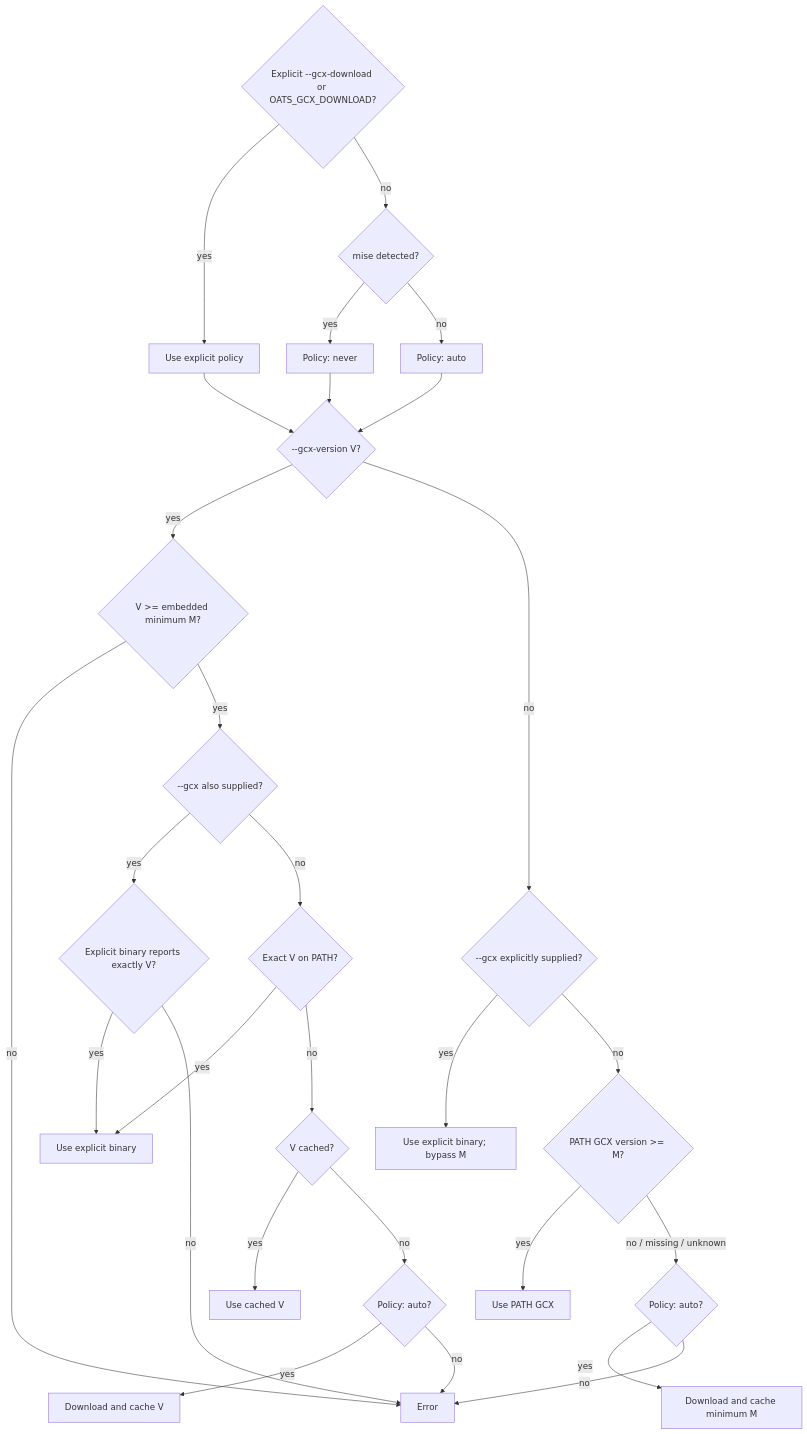
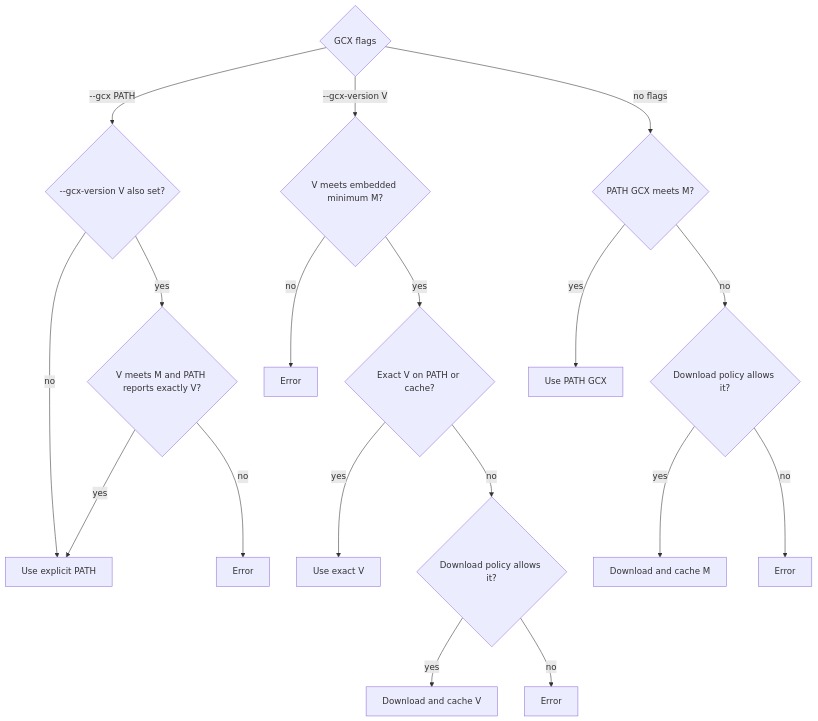
One commit to grafana/oats changed the diagram in docs/cli.md. Above: the diagram before and after it, drawn with Mermaid. The commit also changed other lines of this file, not shown here.

Commit message:
docs: simplify gcx resolution diagram Signed-off-by: Gregor Zeitlinger <gregor.zeitlinger@grafana.com>

````diff
--- a/docs/cli.md
+++ b/docs/cli.md
@@ -77,34 +73,22 @@
 ```mermaid
 flowchart TD
-    P{Explicit --gcx-download or OATS_GCX_DOWNLOAD?}
-    P -->|yes| Q[Use explicit policy]
-    P -->|no| M{mise detected?}
-    M -->|yes| N[Policy: never]
-    M -->|no| A[Policy: auto]
+    S{GCX flags} -->|--gcx PATH| P{--gcx-version V also set?}
+    P -->|no| U[Use explicit PATH]
+    P -->|yes| X{V meets M and PATH reports exactly V?}
+    X -->|yes| U
+    X -->|no| E1[Error]
 
-    Q --> S{--gcx-version V?}
-    N --> S
-    A --> S
+    S -->|--gcx-version V| V{V meets embedded minimum M?}
+    V -->|no| E2[Error]
+    V -->|yes| C{Exact V on PATH or cache?}
+    C -->|yes| U2[Use exact V]
+    C -->|no| D{Download policy allows it?}
+    D -->|yes| D2[Download and cache V]
+    D -->|no| E3[Error]
 
-    S -->|yes| V{V >= embedded minimum M?}
-    V -->|no| E[Error]
-    V -->|yes| X{--gcx also supplied?}
-    X -->|yes| Y{Explicit binary reports exactly V?}
-    Y -->|yes| U[Use explicit binary]
-    Y -->|no| E
-    X -->|no| Z{Exact V on PATH?}
-    Z -->|yes| U
-    Z -->|no| C{V cached?}
-    C -->|yes| K[Use cached V]
-    C -->|no| F{Policy: auto?}
-    F -->|yes| D[Download and cache V]
-    F -->|no| E
-
-    S -->|no| G{--gcx explicitly supplied?}
-    G -->|yes| U2[Use explicit binary; bypass M]
-    G -->|no| H{PATH GCX version >= M?}
+    S -->|no flags| H{PATH GCX meets M?}
     H -->|yes| U3[Use PATH GCX]
-    H -->|no / missing / unknown| F2{Policy: auto?}
-    F2 -->|yes| D2[Download and cache minimum M]
-    F2 -->|no| E
+    H -->|no| D3{Download policy allows it?}
+    D3 -->|yes| D4[Download and cache M]
+    D3 -->|no| E4[Error]
 ```
````
